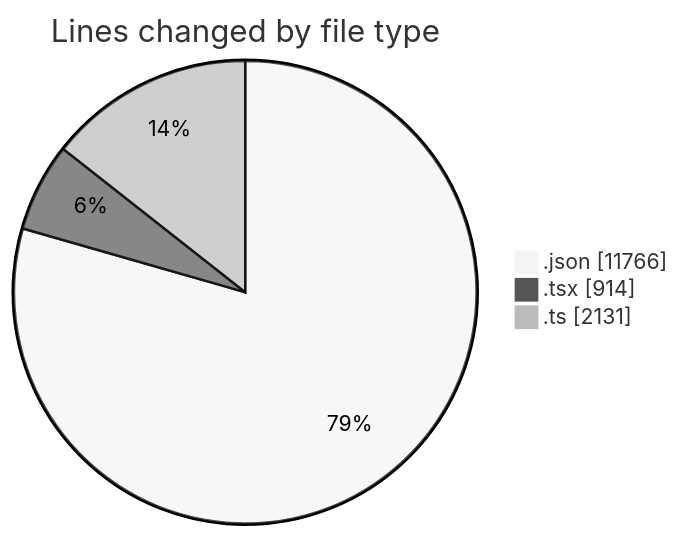
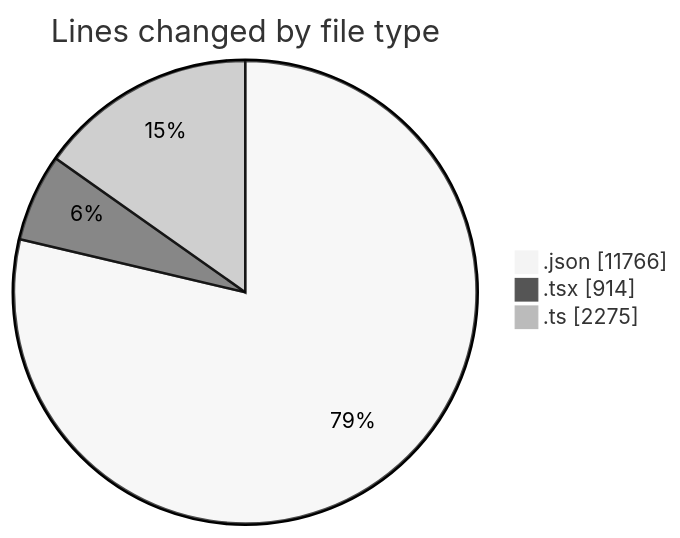
The first of 2 diagrams in 2026-04-16/airfeed-analytics-dashboard/README.md (nxtqubesakshisongat/code-tracking), drawn with Mermaid (neutral theme) before and after one commit. The commit also changed other lines of this file and 1 other file, not shown here.

````diff
--- a/2026-04-16/airfeed-analytics-dashboard/README.md
+++ b/2026-04-16/airfeed-analytics-dashboard/README.md
@@ -31,7 +32,7 @@
 ```mermaid
 pie showData
 title Lines changed by file type
 ".json" : 11766
 ".tsx" : 914
-".ts" : 2131
+".ts" : 2275
 ```
````
